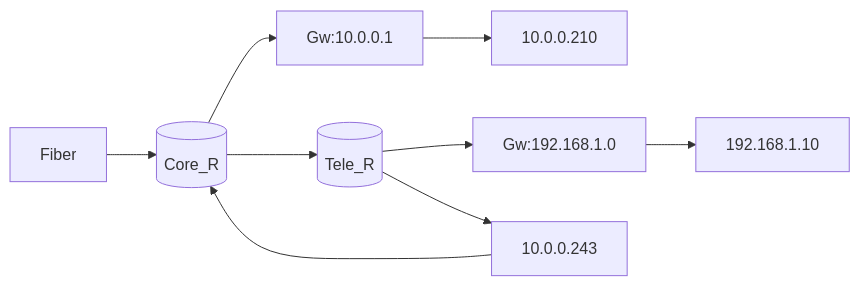
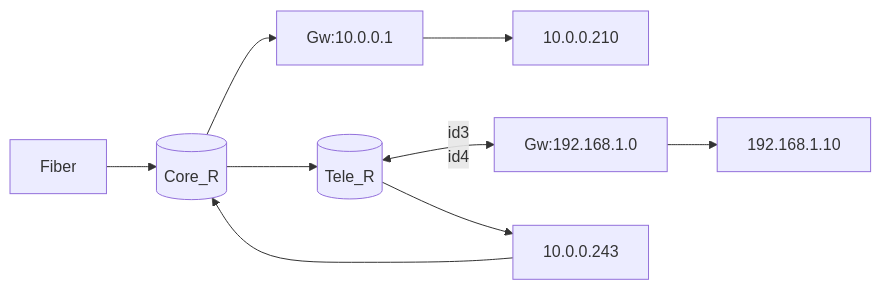
Before and after one commit to notkasim/DOCS: the second of 2 diagrams in Topology.md, drawn with Mermaid.

````diff
--- a/Topology.md
+++ b/Topology.md
@@ -19,10 +19,10 @@
 ```mermaid
 graph LR;
     id3[(Core_R)]
     id4[(Tele_R)]
     Fiber-->id3;
     id3-->Gw:10.0.0.1-->10.0.0.210
-    id3-->id4
+    id3-->id4<--id3
     id4-->Gw:192.168.1.0-->192.168.1.10
     id4-->10.0.0.243-->id3
 ```
````
